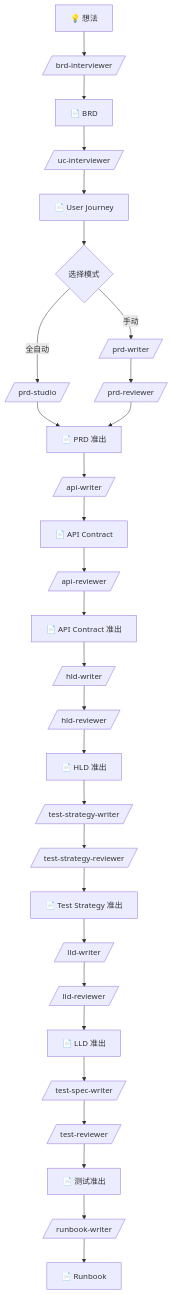
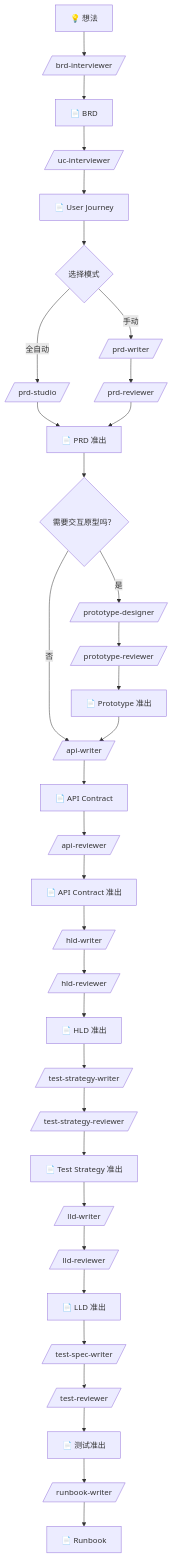
The first of 3 diagrams in plugins/testany-eng/README.md (walternater/testany-agent-skills), drawn with Mermaid before and after one commit. The commit also changed other lines of this file and 45 other files, not shown here.

````diff
--- a/plugins/testany-eng/README.md
+++ b/plugins/testany-eng/README.md
@@ -45,34 +50,39 @@
 ```mermaid
 flowchart TD
     A[💡 想法] --> B[/brd-interviewer/]
     B --> C[📄 BRD]
     C --> D[/uc-interviewer/]
     D --> E[📄 User Journey]
     E --> F{选择模式}
 
     F -->|手动| G[/prd-writer/]
     F -->|全自动| H[/prd-studio/]
 
     G --> I[/prd-reviewer/]
     H --> J[📄 PRD 准出]
     I --> J
 
-    J --> K[/api-writer/]
-    K --> L[📄 API Contract]
-    L --> M[/api-reviewer/]
-    M --> N[📄 API Contract 准出]
-    N --> O[/hld-writer/]
-    O --> P[/hld-reviewer/]
-    P --> Q[📄 HLD 准出]
-    Q --> R[/test-strategy-writer/]
-    R --> S[/test-strategy-reviewer/]
-    S --> T[📄 Test Strategy 准出]
-    T --> U[/lld-writer/]
-    U --> V[/lld-reviewer/]
-    V --> W[📄 LLD 准出]
-    W --> X[/test-spec-writer/]
-    X --> Y[/test-reviewer/]
-    Y --> Z[📄 测试准出]
-    Z --> AA[/runbook-writer/]
-    AA --> AB[📄 Runbook]
+    J --> K{需要交互原型吗？}
+    K -->|是| L[/prototype-designer/]
+    L --> M[/prototype-reviewer/]
+    M --> N[📄 Prototype 准出]
+    K -->|否| O[/api-writer/]
+    N --> O
+    O --> P[📄 API Contract]
+    P --> Q[/api-reviewer/]
+    Q --> R[📄 API Contract 准出]
+    R --> S[/hld-writer/]
+    S --> T[/hld-reviewer/]
+    T --> U[📄 HLD 准出]
+    U --> V[/test-strategy-writer/]
+    V --> W[/test-strategy-reviewer/]
+    W --> X[📄 Test Strategy 准出]
+    X --> Y[/lld-writer/]
+    Y --> Z[/lld-reviewer/]
+    Z --> AA[📄 LLD 准出]
+    AA --> AB[/test-spec-writer/]
+    AB --> AC[/test-reviewer/]
+    AC --> AD[📄 测试准出]
+    AD --> AE[/runbook-writer/]
+    AE --> AF[📄 Runbook]
 ```
````
